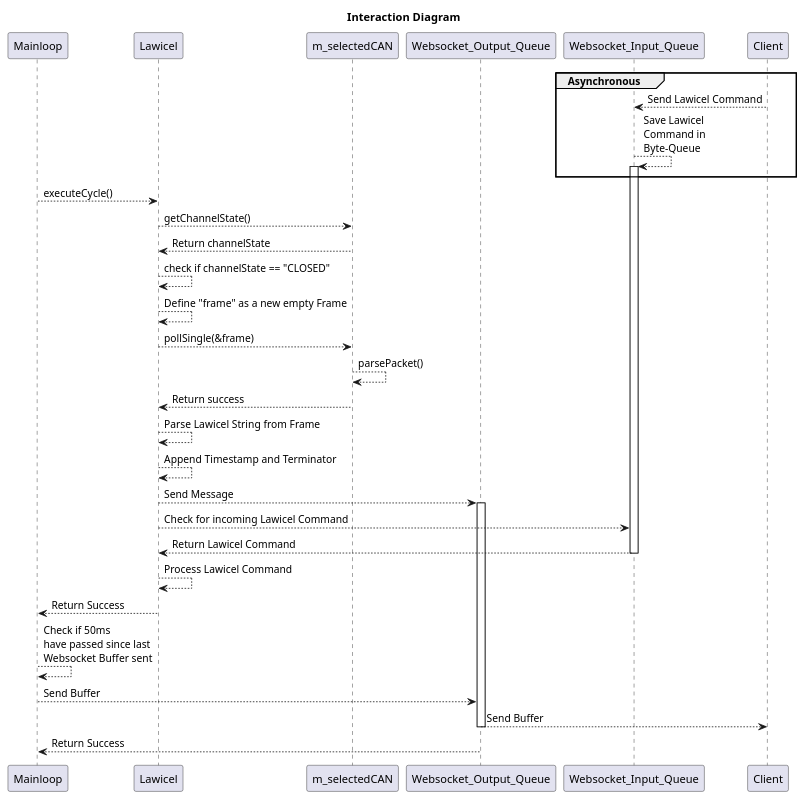
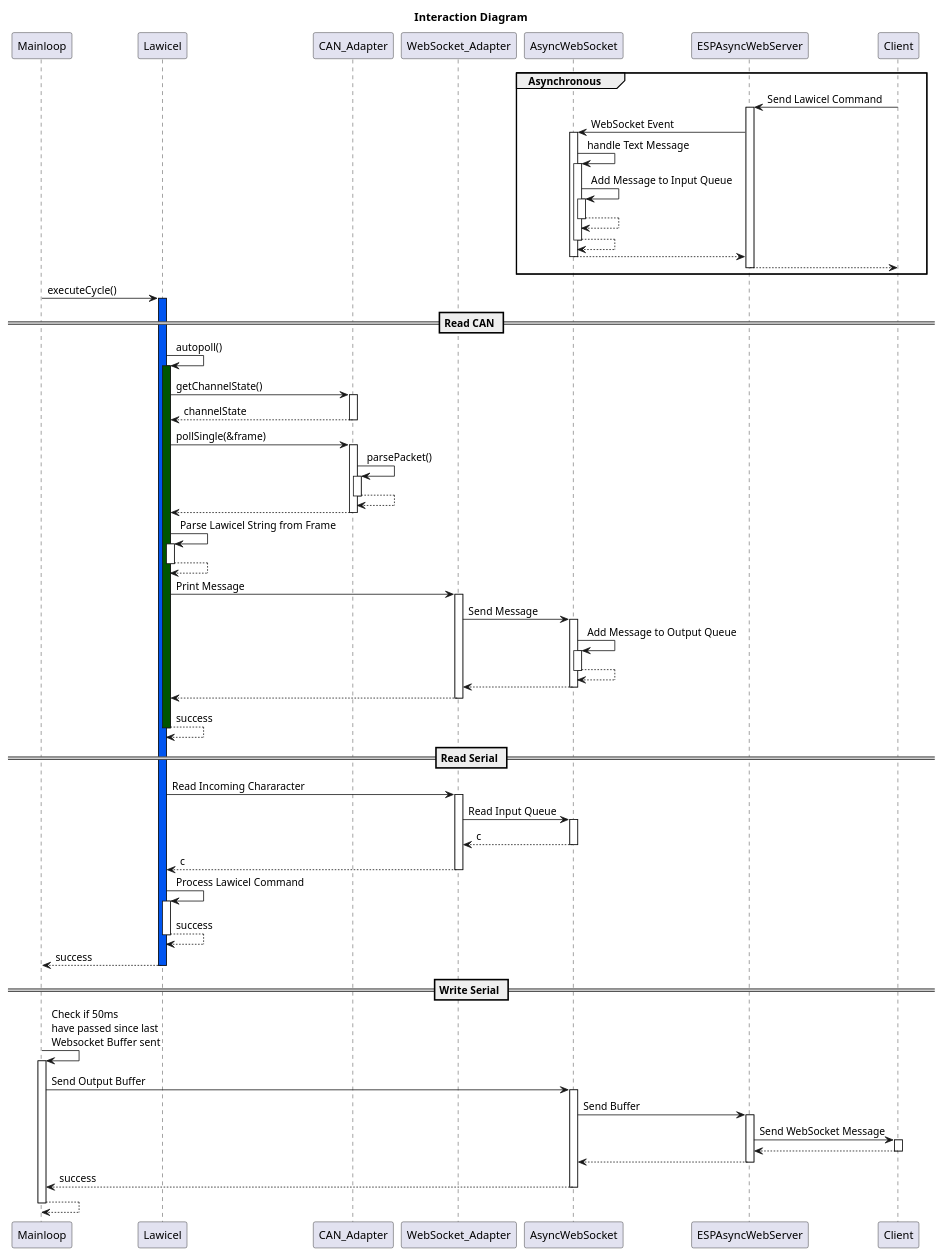
One commit to NewTec-GmbH/esp32-can-iot changed the diagram in Coding/fw/doc/design/Interactions Diagram.plantuml. Above: the diagram before and after it, drawn with PlantUML.

Commit message:
Re-implementation of interactions Diagram

```diff
--- a/Coding/fw/doc/design/Interactions Diagram.plantuml
+++ b/Coding/fw/doc/design/Interactions Diagram.plantuml
@@ -1,49 +1,71 @@
 @startuml
 
 Title Interaction Diagram
 
+autoactivate on
+
 participant Mainloop
 participant Lawicel
-participant m_selectedCAN
-participant Websocket_Output_Queue
-participant Websocket_Input_Queue
+participant CAN_Adapter as m_selectedCAN
+participant WebSocket_Adapter as m_selectedSerial
+participant AsyncWebSocket
+participant ESPAsyncWebServer as Server
 participant Client
 
 
 group Asynchronous
-    Client --> Websocket_Input_Queue : Send Lawicel Command
-    Websocket_Input_Queue --> Websocket_Input_Queue : Save Lawicel \nCommand in \nByte-Queue
-    activate Websocket_Input_Queue
+    Client -> Server : Send Lawicel Command
+    Server -> AsyncWebSocket : WebSocket Event
+    AsyncWebSocket -> AsyncWebSocket : handle Text Message
+    AsyncWebSocket -> AsyncWebSocket : Add Message to Input Queue
+    return
+    return
+    return
+    return
 end
 
-Mainloop --> Lawicel : executeCycle()
-Lawicel --> m_selectedCAN : getChannelState()
-m_selectedCAN --> Lawicel : Return channelState
-Lawicel --> Lawicel : check if channelState == "CLOSED"
-Lawicel --> Lawicel : Define "frame" as a new empty Frame
-Lawicel --> m_selectedCAN : pollSingle(&frame)
+Mainloop -> Lawicel #0055F0: executeCycle()
+
+== Read CAN ==
+
+Lawicel -> Lawicel #005500 : autopoll()
+Lawicel -> m_selectedCAN : getChannelState()
+return channelState
+Lawicel -> m_selectedCAN : pollSingle(&frame)
+m_selectedCAN -> m_selectedCAN  : parsePacket()
+return
+return
+Lawicel -> Lawicel : Parse Lawicel String from Frame
+return
+Lawicel -> m_selectedSerial : Print Message
+m_selectedSerial -> AsyncWebSocket : Send Message
+AsyncWebSocket -> AsyncWebSocket : Add Message to Output Queue
+return
+return
+return
+return success
 
 
-m_selectedCAN --> m_selectedCAN  : parsePacket()
-m_selectedCAN --> Lawicel : Return success
 
-Lawicel --> Lawicel : Parse Lawicel String from Frame
-Lawicel --> Lawicel : Append Timestamp and Terminator
-Lawicel --> Websocket_Output_Queue : Send Message
-activate Websocket_Output_Queue
+== Read Serial ==
 
+Lawicel -> m_selectedSerial : Read Incoming Chararacter
+m_selectedSerial -> AsyncWebSocket : Read Input Queue
+return c 
+return c
+Lawicel -> Lawicel : Process Lawicel Command
+return success
+return success
 
-Lawicel --> Websocket_Input_Queue : Check for incoming Lawicel Command
-Websocket_Input_Queue --> Lawicel : Return Lawicel Command
-deactivate Websocket_Input_Queue
+== Write Serial ==
 
-Lawicel --> Lawicel : Process Lawicel Command
-Lawicel --> Mainloop : Return Success
-
-Mainloop --> Mainloop : Check if 50ms \nhave passed since last \nWebsocket Buffer sent
-Mainloop --> Websocket_Output_Queue : Send Buffer
-Websocket_Output_Queue --> Client : Send Buffer
-deactivate Websocket_Output_Queue
-Websocket_Output_Queue --> Mainloop : Return Success
+Mainloop -> Mainloop : Check if 50ms \nhave passed since last \nWebsocket Buffer sent
+Mainloop -> AsyncWebSocket : Send Output Buffer
+AsyncWebSocket -> Server : Send Buffer
+Server -> Client : Send WebSocket Message
+return
+return
+return success
+return
 
 @enduml
```
